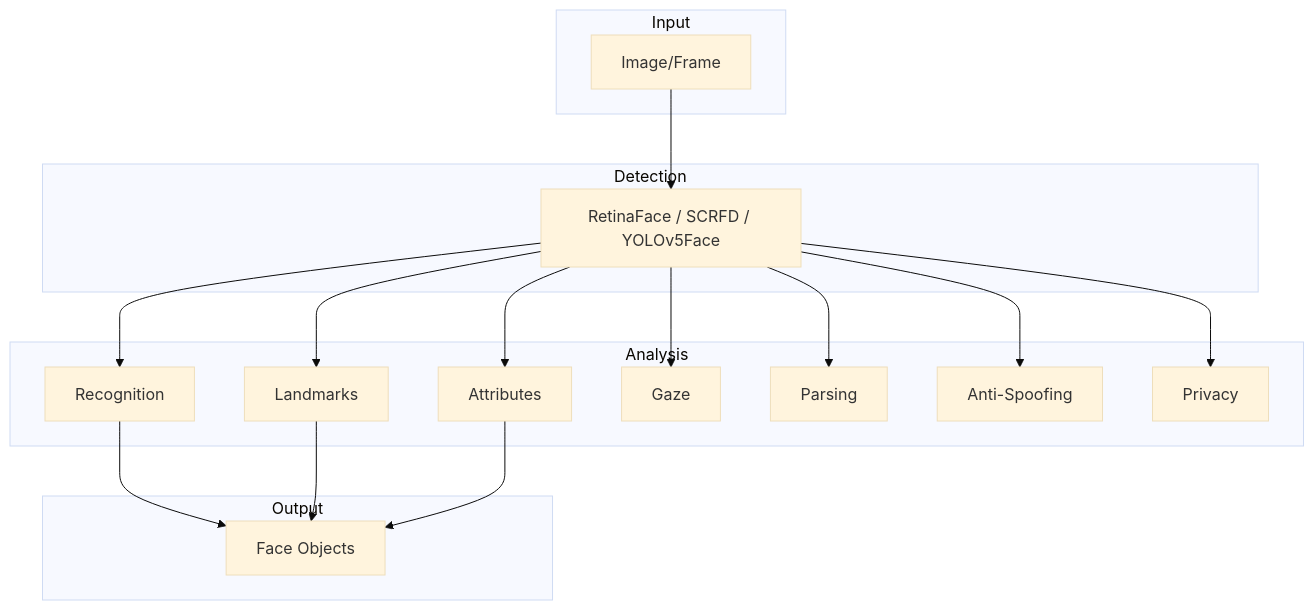
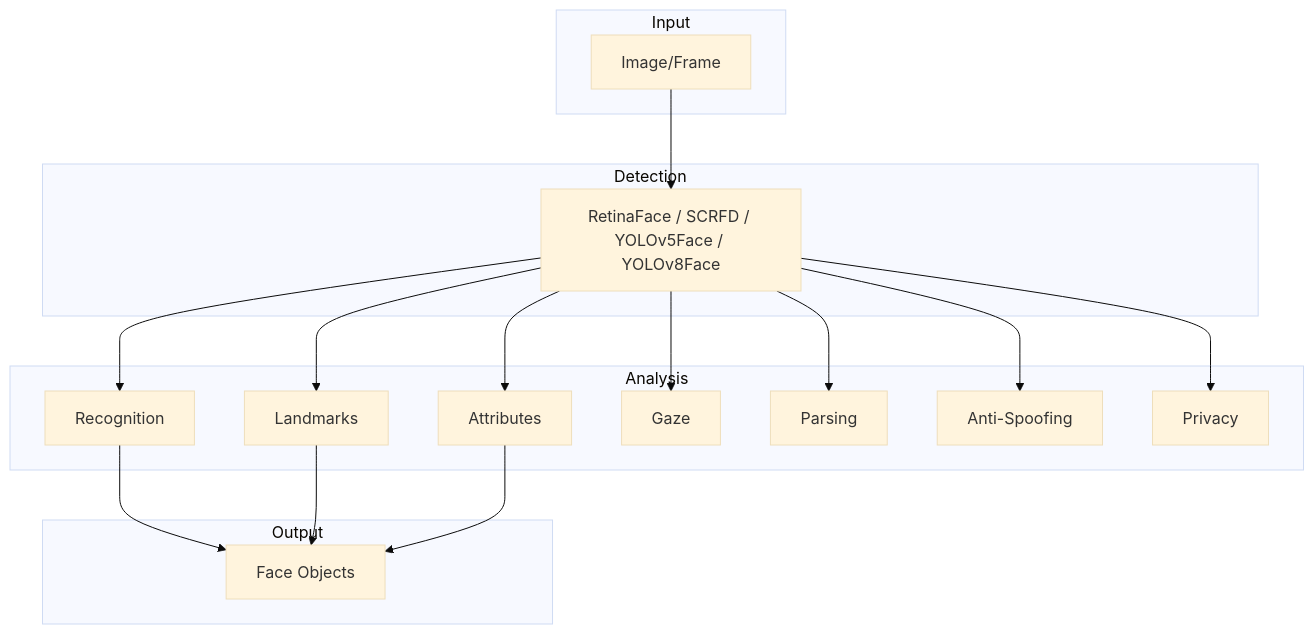
One commit to yakhyo/uniface changed the diagram in docs/concepts/overview.md. Above: the diagram before and after it, drawn with Mermaid (base theme). The commit also changed other lines of this file and 18 other files, not shown here.

First line of the commit message:
feat: Add YOLOv8 Face Detection model support (#62)

````diff
--- a/docs/concepts/overview.md
+++ b/docs/concepts/overview.md
@@ -11,36 +11,36 @@
 ```mermaid
 graph TB
     subgraph Input
         IMG[Image/Frame]
     end
 
     subgraph Detection
-        DET[RetinaFace / SCRFD / YOLOv5Face]
+        DET[RetinaFace / SCRFD / YOLOv5Face / YOLOv8Face]
     end
 
     subgraph Analysis
         REC[Recognition]
         LMK[Landmarks]
         ATTR[Attributes]
         GAZE[Gaze]
         PARSE[Parsing]
         SPOOF[Anti-Spoofing]
         PRIV[Privacy]
     end
 
     subgraph Output
         FACE[Face Objects]
     end
 
     IMG --> DET
     DET --> REC
     DET --> LMK
     DET --> ATTR
     DET --> GAZE
     DET --> PARSE
     DET --> SPOOF
     DET --> PRIV
     REC --> FACE
     LMK --> FACE
     ATTR --> FACE
 ```
````
